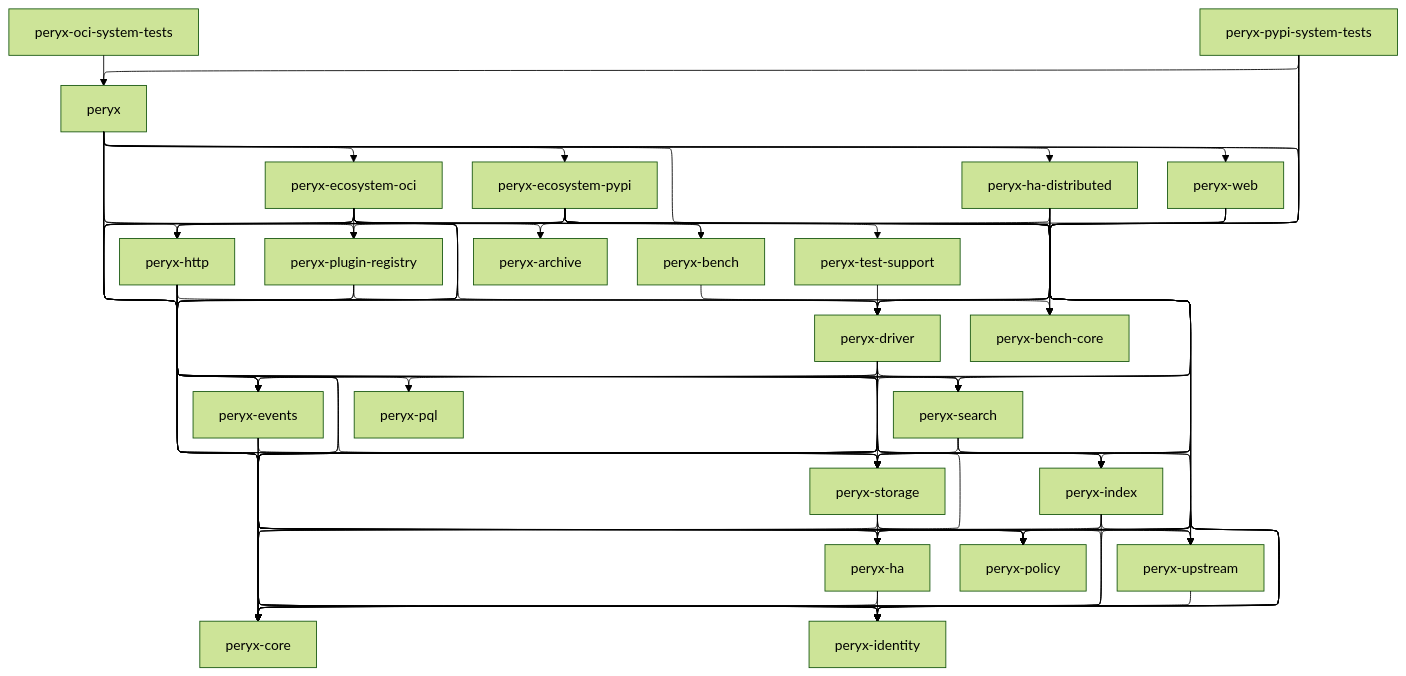
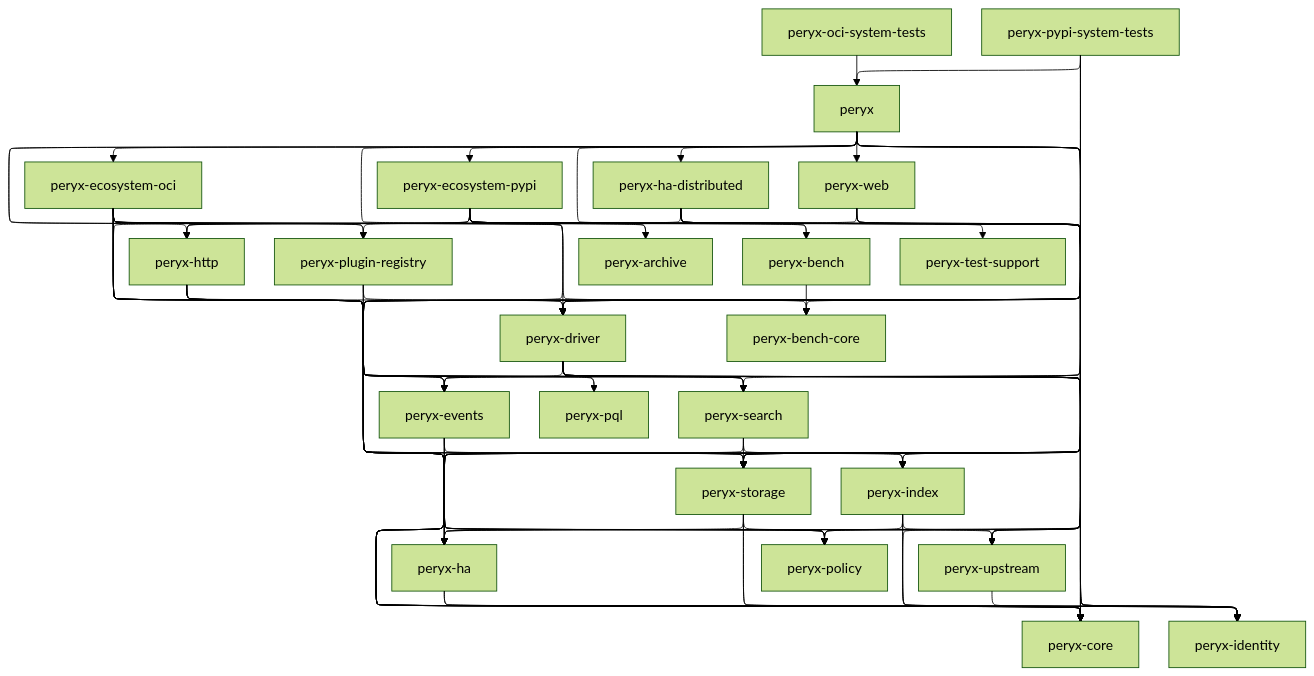
Before and after one commit to gaborbernat/peryx: the diagram in site/diagrams/crate-dependencies.mmd, drawn with Mermaid (forest theme). The commit also changed 8 other files, not shown here.

```diff
--- a/site/diagrams/crate-dependencies.mmd
+++ b/site/diagrams/crate-dependencies.mmd
@@ -1,137 +1,136 @@
 ---
 config:
   layout: elk
   elk:
     mergeEdges: true
 ---
 flowchart TD
   peryx --> peryx_core
   peryx --> peryx_driver
   peryx --> peryx_ecosystem_oci
   peryx --> peryx_ecosystem_pypi
   peryx --> peryx_events
   peryx --> peryx_ha
   peryx --> peryx_ha_distributed
   peryx --> peryx_http
   peryx --> peryx_identity
   peryx --> peryx_plugin_registry
   peryx --> peryx_policy
   peryx --> peryx_storage
   peryx --> peryx_upstream
   peryx --> peryx_web
   peryx["peryx"]
   peryx_archive["peryx-archive"]
   peryx_bench --> peryx_bench_core
   peryx_bench["peryx-bench"]
   peryx_bench_core["peryx-bench-core"]
   peryx_core["peryx-core"]
   peryx_driver --> peryx_core
   peryx_driver --> peryx_events
   peryx_driver --> peryx_ha
   peryx_driver --> peryx_identity
   peryx_driver --> peryx_index
   peryx_driver --> peryx_policy
   peryx_driver --> peryx_pql
   peryx_driver --> peryx_search
   peryx_driver --> peryx_storage
   peryx_driver --> peryx_upstream
   peryx_driver["peryx-driver"]
   peryx_ecosystem_oci --> peryx_archive
   peryx_ecosystem_oci --> peryx_bench
   peryx_ecosystem_oci --> peryx_bench_core
   peryx_ecosystem_oci --> peryx_core
   peryx_ecosystem_oci --> peryx_driver
   peryx_ecosystem_oci --> peryx_events
   peryx_ecosystem_oci --> peryx_ha
   peryx_ecosystem_oci --> peryx_identity
   peryx_ecosystem_oci --> peryx_index
   peryx_ecosystem_oci --> peryx_plugin_registry
   peryx_ecosystem_oci --> peryx_policy
   peryx_ecosystem_oci --> peryx_search
   peryx_ecosystem_oci --> peryx_storage
   peryx_ecosystem_oci --> peryx_test_support
   peryx_ecosystem_oci --> peryx_upstream
   peryx_ecosystem_oci["peryx-ecosystem-oci"]
   peryx_ecosystem_pypi --> peryx_archive
   peryx_ecosystem_pypi --> peryx_bench
   peryx_ecosystem_pypi --> peryx_bench_core
   peryx_ecosystem_pypi --> peryx_core
   peryx_ecosystem_pypi --> peryx_driver
   peryx_ecosystem_pypi --> peryx_events
   peryx_ecosystem_pypi --> peryx_ha
   peryx_ecosystem_pypi --> peryx_http
   peryx_ecosystem_pypi --> peryx_identity
   peryx_ecosystem_pypi --> peryx_index
   peryx_ecosystem_pypi --> peryx_plugin_registry
   peryx_ecosystem_pypi --> peryx_policy
   peryx_ecosystem_pypi --> peryx_search
   peryx_ecosystem_pypi --> peryx_storage
   peryx_ecosystem_pypi --> peryx_upstream
   peryx_ecosystem_pypi["peryx-ecosystem-pypi"]
   peryx_events --> peryx_core
   peryx_events --> peryx_ha
   peryx_events --> peryx_identity
   peryx_events --> peryx_storage
   peryx_events["peryx-events"]
   peryx_ha --> peryx_core
   peryx_ha --> peryx_identity
   peryx_ha["peryx-ha"]
   peryx_ha_distributed --> peryx_core
   peryx_ha_distributed --> peryx_driver
   peryx_ha_distributed --> peryx_events
   peryx_ha_distributed --> peryx_ha
   peryx_ha_distributed --> peryx_http
   peryx_ha_distributed --> peryx_identity
   peryx_ha_distributed --> peryx_storage
   peryx_ha_distributed --> peryx_upstream
   peryx_ha_distributed["peryx-ha-distributed"]
   peryx_http --> peryx_core
   peryx_http --> peryx_driver
   peryx_http --> peryx_events
   peryx_http --> peryx_identity
   peryx_http --> peryx_policy
   peryx_http --> peryx_pql
   peryx_http --> peryx_search
   peryx_http["peryx-http"]
   peryx_identity["peryx-identity"]
   peryx_index --> peryx_core
   peryx_index --> peryx_identity
   peryx_index --> peryx_policy
   peryx_index --> peryx_upstream
   peryx_index["peryx-index"]
   peryx_oci_system_tests --> peryx
   peryx_oci_system_tests["peryx-oci-system-tests"]
   peryx_plugin_registry --> peryx_core
   peryx_plugin_registry --> peryx_driver
   peryx_plugin_registry --> peryx_storage
   peryx_plugin_registry["peryx-plugin-registry"]
   peryx_policy["peryx-policy"]
   peryx_pql["peryx-pql"]
   peryx_pypi_system_tests --> peryx
   peryx_pypi_system_tests --> peryx_core
   peryx_pypi_system_tests --> peryx_identity
   peryx_pypi_system_tests --> peryx_policy
   peryx_pypi_system_tests --> peryx_storage
   peryx_pypi_system_tests["peryx-pypi-system-tests"]
   peryx_search --> peryx_core
   peryx_search --> peryx_index
   peryx_search --> peryx_storage
   peryx_search["peryx-search"]
   peryx_storage --> peryx_core
   peryx_storage --> peryx_ha
   peryx_storage --> peryx_identity
   peryx_storage --> peryx_policy
   peryx_storage["peryx-storage"]
-  peryx_test_support --> peryx_driver
   peryx_test_support["peryx-test-support"]
   peryx_upstream --> peryx_core
   peryx_upstream["peryx-upstream"]
   peryx_web --> peryx_core
   peryx_web --> peryx_driver
   peryx_web --> peryx_ha
   peryx_web --> peryx_http
   peryx_web --> peryx_search
   peryx_web["peryx-web"]
   class peryx accent
   class peryx_ecosystem_oci,peryx_ecosystem_pypi good
   class peryx_oci_system_tests,peryx_pypi_system_tests warn
```
